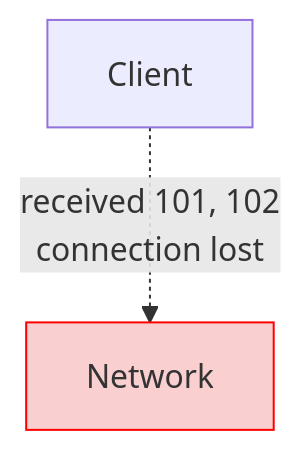
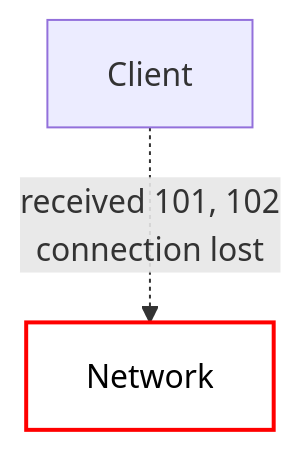
Diagram 12 of 51 in Real_Time_Backend/03_Server_Sent_Events.md (MohdMusaiyab/system-design), drawn with Mermaid before and after one commit. The commit also changed other lines of this file and 2 other files, not shown here.

Commit message:
graph Fixes RTB

````diff
--- a/Real_Time_Backend/03_Server_Sent_Events.md
+++ b/Real_Time_Backend/03_Server_Sent_Events.md
@@ -535,5 +535,5 @@
 ```mermaid
 flowchart TD
     C["Client"] -.->|received 101, 102<br>connection lost| X["Network"]
-    style X fill:#f9cfcf,stroke:#ff0000
+    style X fill:#ffffff,stroke:#ff0000,color:#000000,stroke-width:2px
 ```
````
